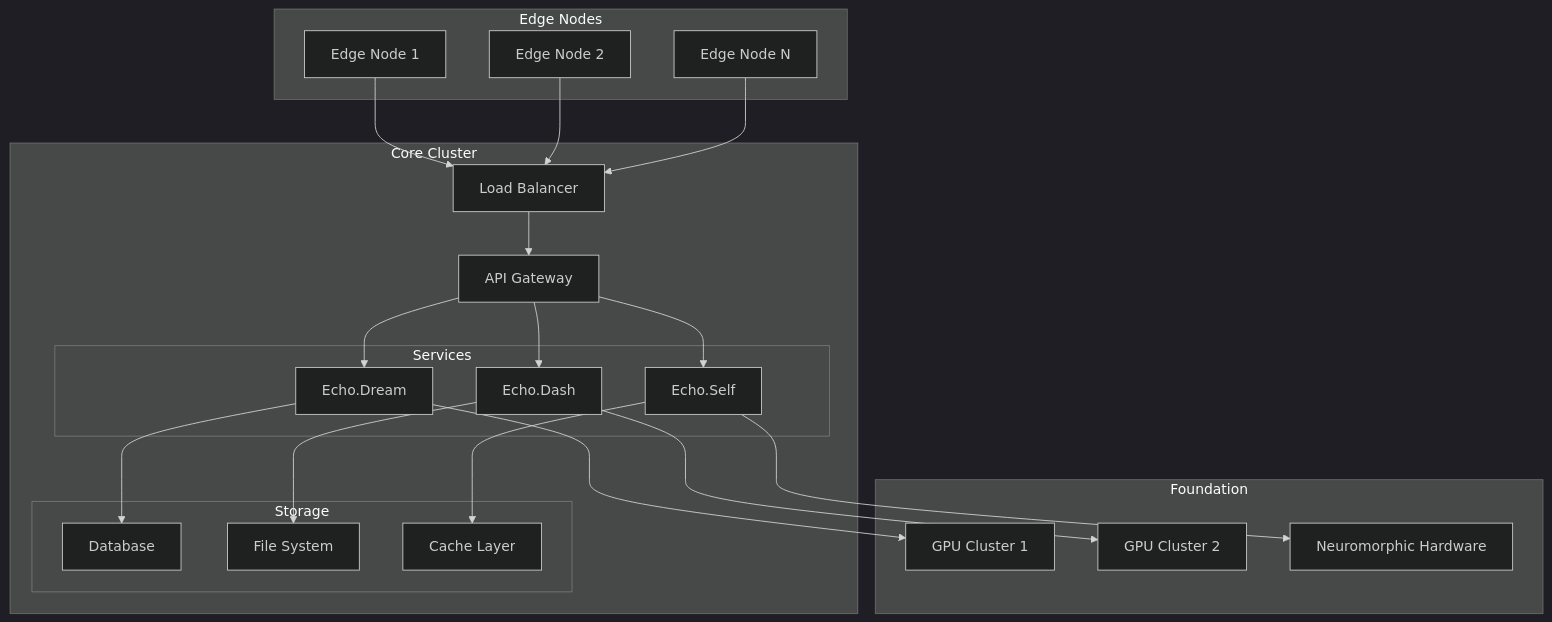
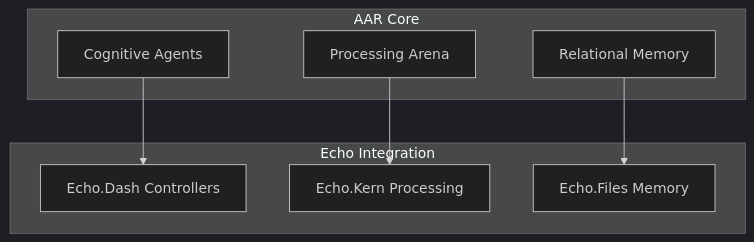
Before and after one commit to EchoCog/aphroditecho: the third of 4 diagrams in wiki/docs/architecture/overview.md, drawn with Mermaid (dark theme). The commit also changed other lines of this file and 3 other files, not shown here.

````diff
--- a/wiki/docs/architecture/overview.md
+++ b/wiki/docs/architecture/overview.md
@@ -227,46 +78,14 @@
 ```mermaid
 graph TB
-    subgraph "Edge Nodes"
-        E1[Edge Node 1]
-        E2[Edge Node 2]
-        E3[Edge Node N]
+    subgraph "AAR Core"
+        Agent[Cognitive Agents]
+        Arena[Processing Arena]
+        Relations[Relational Memory]
     end
-    
-    subgraph "Core Cluster"
-        LB[Load Balancer]
-        API[API Gateway]
-        subgraph "Services"
-            S1[Echo.Dream]
-            S2[Echo.Dash]
-            S3[Echo.Self]
-        end
-        subgraph "Storage"
-            DB[Database]
-            FS[File System]
-            CACHE[Cache Layer]
-        end
+
+    subgraph "Echo Integration"
+        Agent --> EchoDash[Echo.Dash Controllers]
+        Arena --> EchoKern[Echo.Kern Processing]
+        Relations --> EchoFiles[Echo.Files Memory]
     end
-    
-    subgraph "Foundation"
-        GPU1[GPU Cluster 1]
-        GPU2[GPU Cluster 2]
-        NEURO[Neuromorphic Hardware]
-    end
-    
-    E1 --> LB
-    E2 --> LB
-    E3 --> LB
-    
-    LB --> API
-    API --> S1
-    API --> S2
-    API --> S3
-    
-    S1 --> DB
-    S2 --> FS
-    S3 --> CACHE
-    
-    S1 --> GPU1
-    S2 --> GPU2
-    S3 --> NEURO
 ```
````
